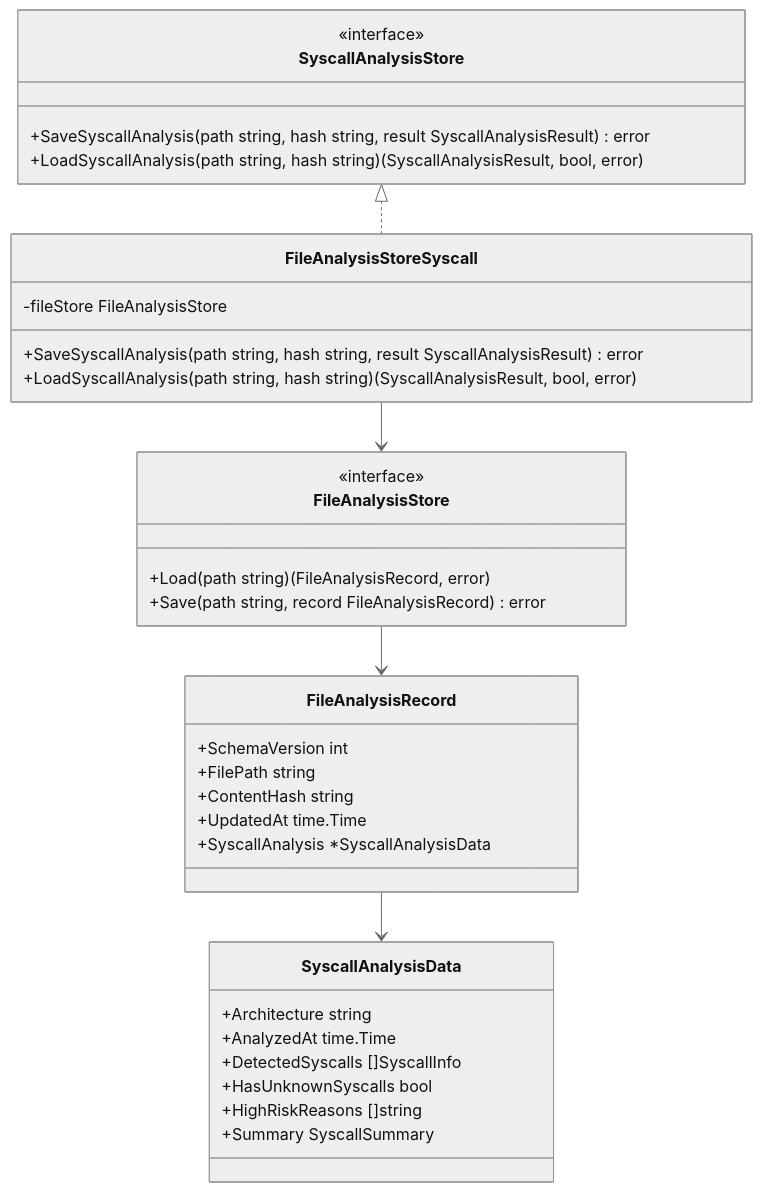
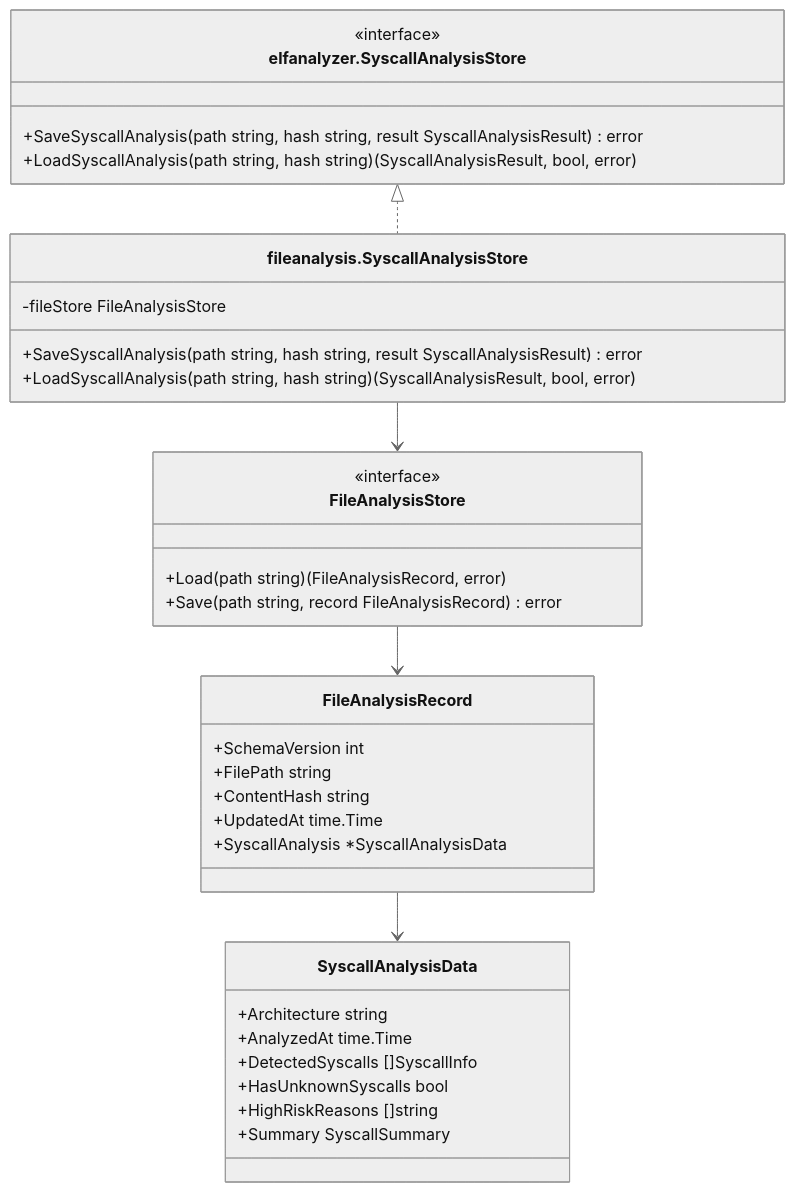
Diagram 11 of 18 in docs/tasks/0070_elf_syscall_analysis/02_architecture.md (isseis/go-safe-cmd-runner), drawn with Mermaid (neutral theme) before and after one commit. The commit also changed other lines of this file, not shown here.

Commit message:
Unify SyscallAnalysisStore name in ELF syscall architecture docs
- Rename FileAnalysisStoreSyscall to SyscallAnalysisStore in diagrams
- Use package-qualified names (elfanalyzer/fileanalysis) for clarity
- Fix class-diagram relations and checklist wording
- Correct method-signature in class diagram to match spec

````diff
--- a/docs/tasks/0070_elf_syscall_analysis/02_architecture.md
+++ b/docs/tasks/0070_elf_syscall_analysis/02_architecture.md
@@ -410,42 +410,42 @@
 ```mermaid
 classDiagram
-    class SyscallAnalysisStore {
+    class elfanalyzer.SyscallAnalysisStore {
         <<interface>>
         +SaveSyscallAnalysis(path string, hash string, result SyscallAnalysisResult) error
         +LoadSyscallAnalysis(path string, hash string) (SyscallAnalysisResult, bool, error)
     }
 
-    class FileAnalysisStoreSyscall {
+    class fileanalysis.SyscallAnalysisStore {
         -fileStore FileAnalysisStore
         +SaveSyscallAnalysis(path string, hash string, result SyscallAnalysisResult) error
         +LoadSyscallAnalysis(path string, hash string) (SyscallAnalysisResult, bool, error)
     }
 
     class FileAnalysisStore {
         <<interface>>
         +Load(path string) (FileAnalysisRecord, error)
         +Save(path string, record FileAnalysisRecord) error
     }
 
     class FileAnalysisRecord {
         +SchemaVersion int
         +FilePath string
         +ContentHash string
         +UpdatedAt time.Time
         +SyscallAnalysis *SyscallAnalysisData
     }
 
     class SyscallAnalysisData {
         +Architecture string
         +AnalyzedAt time.Time
         +DetectedSyscalls []SyscallInfo
         +HasUnknownSyscalls bool
         +HighRiskReasons []string
         +Summary SyscallSummary
     }
 
-    SyscallAnalysisStore <|.. FileAnalysisStoreSyscall
-    FileAnalysisStoreSyscall --> FileAnalysisStore
+    elfanalyzer.SyscallAnalysisStore <|.. fileanalysis.SyscallAnalysisStore
+    fileanalysis.SyscallAnalysisStore --> FileAnalysisStore
     FileAnalysisStore --> FileAnalysisRecord
     FileAnalysisRecord --> SyscallAnalysisData
 ```
````
